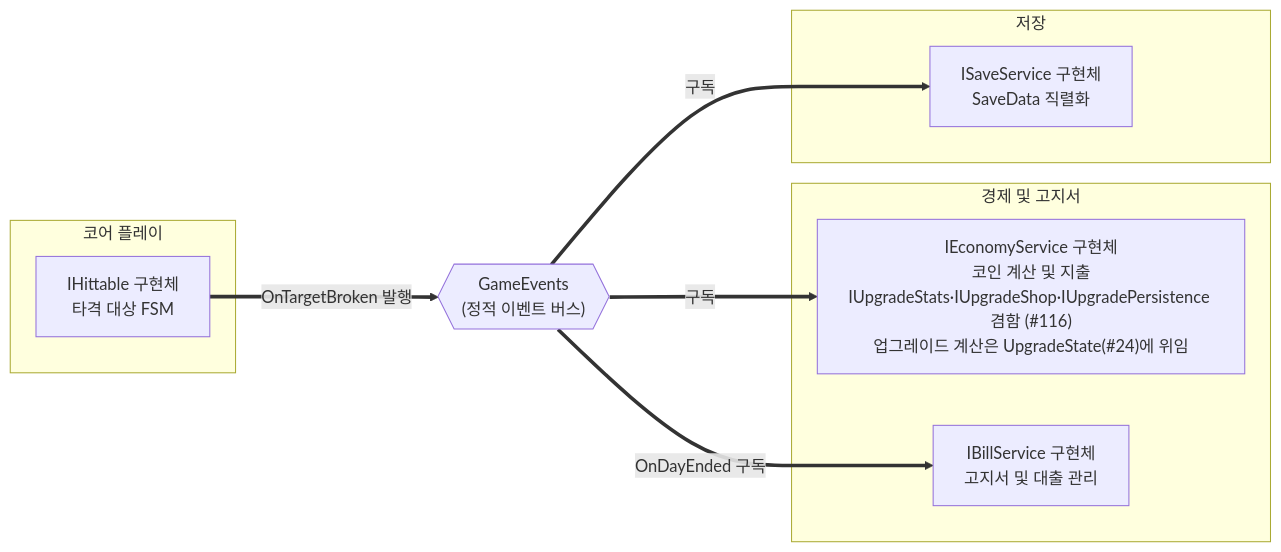
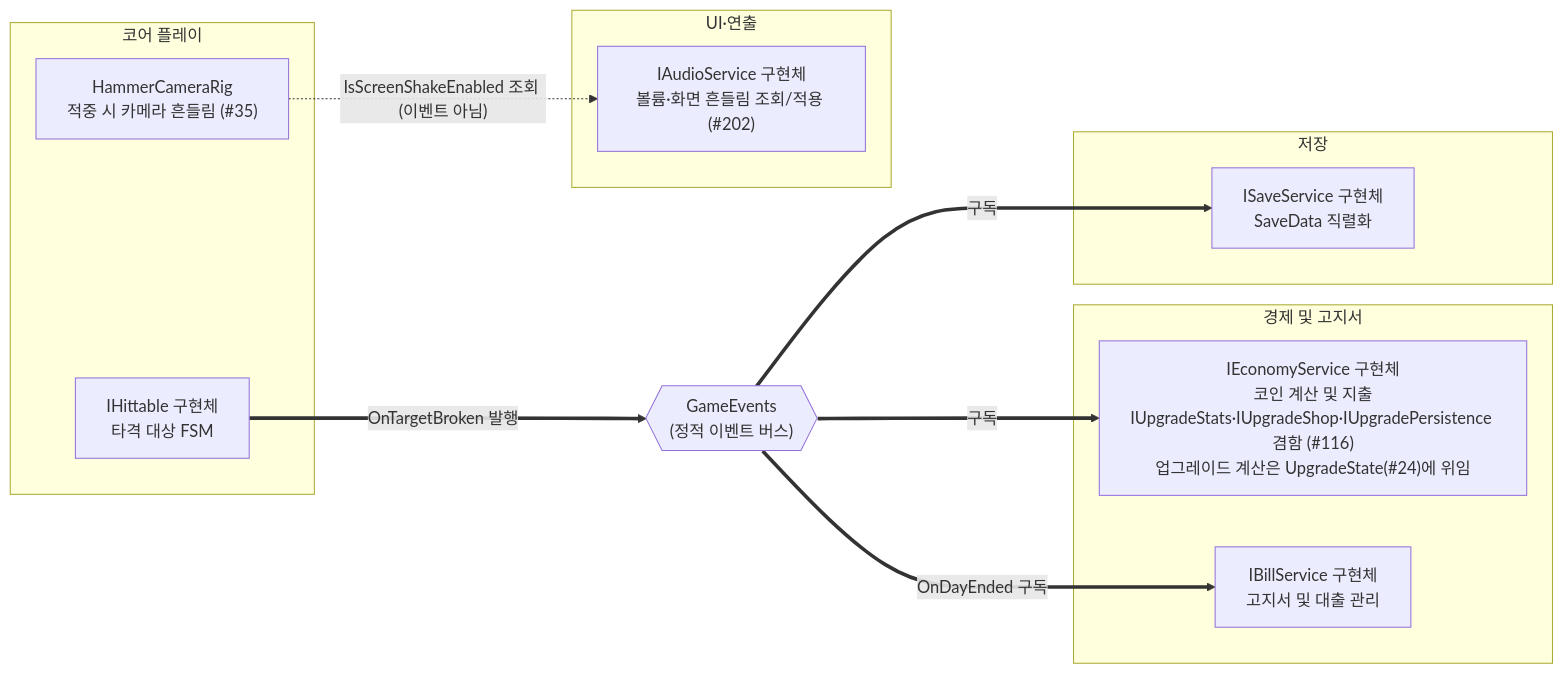
One commit to KDNA-Gwangju-1/NCAIClicker changed the diagram in docs/TECH_NOTES/contracts.md. Above: the diagram before and after it, drawn with Mermaid. The commit also changed other lines of this file and 18 other files, not shown here.

````diff
--- a/docs/TECH_NOTES/contracts.md
+++ b/docs/TECH_NOTES/contracts.md
@@ -31,22 +34,28 @@
 ```mermaid
 flowchart LR
   subgraph Core["코어 플레이"]
     Hittable["IHittable 구현체<br/>타격 대상 FSM"]
+    CameraRig["HammerCameraRig<br/>적중 시 카메라 흔들림 (#35)"]
   end
 
   subgraph Economy["경제 및 고지서"]
     EconService["IEconomyService 구현체<br/>코인 계산 및 지출<br/>IUpgradeStats·IUpgradeShop·IUpgradePersistence 겸함 (#116)<br/>업그레이드 계산은 UpgradeState(#24)에 위임"]
     BillService["IBillService 구현체<br/>고지서 및 대출 관리"]
   end
 
   subgraph Save["저장"]
     SaveService["ISaveService 구현체<br/>SaveData 직렬화"]
   end
 
+  subgraph UI["UI·연출"]
+    AudioService["IAudioService 구현체<br/>볼륨·화면 흔들림 조회/적용 (#202)"]
+  end
+
   events{{"GameEvents<br/>(정적 이벤트 버스)"}}
 
   Hittable == "OnTargetBroken 발행" ==> events
   events == "구독" ==> EconService
   events == "OnDayEnded 구독" ==> BillService
   events == "구독" ==> SaveService
+  CameraRig -. "IsScreenShakeEnabled 조회 (이벤트 아님)" .-> AudioService
 ```
````
